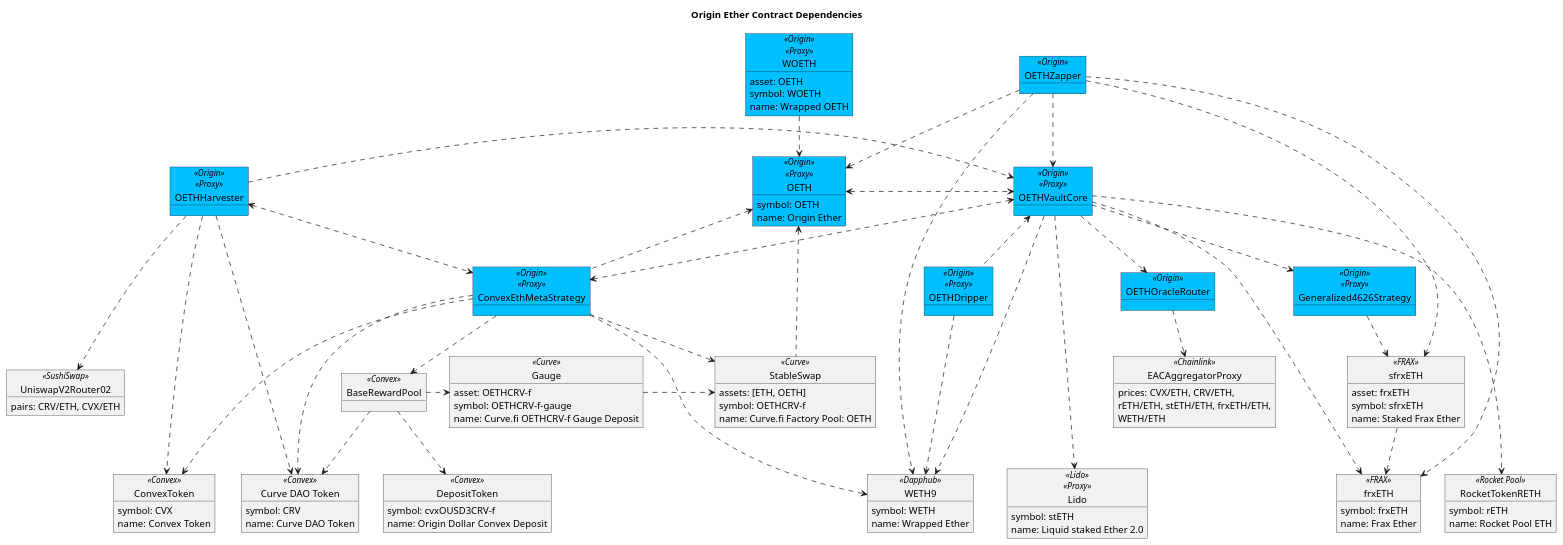
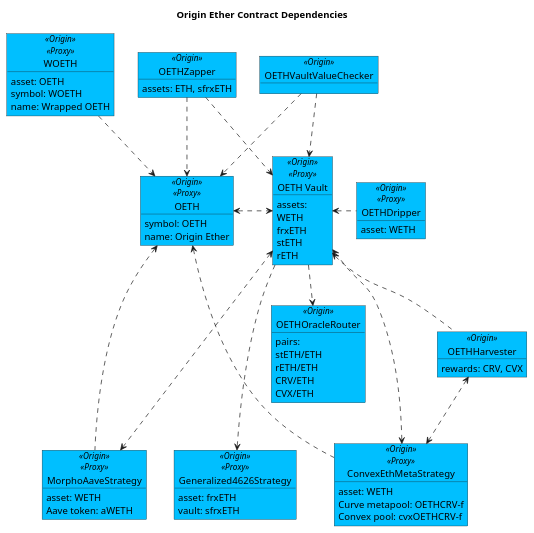
The diagram in contracts/docs/plantuml/oethContracts.puml (OriginProtocol/origin-dollar), drawn with PlantUML before and after one commit. The commit also changed 5 other files, not shown here.

First line of the commit message:
OETH Metapool rebalance fork test (#1588)

```diff
--- a/contracts/docs/plantuml/oethContracts.puml
+++ b/contracts/docs/plantuml/oethContracts.puml
@@ -3,11 +3,15 @@
 title "Origin Ether Contract Dependencies"
 
 object "OETHZapper" as zap <<Origin>> #DeepSkyBlue {
+    assets: ETH, sfrxETH
 }
 
 object "OETHDripper" as drip <<Origin>><<Proxy>> #DeepSkyBlue {
+    asset: WETH
 }
 
+object "OETHVaultValueChecker" as checker <<Origin>> #DeepSkyBlue {
+}
 
 object "WOETH" as woeth <<Origin>><<Proxy>> #DeepSkyBlue {
     asset: OETH
@@ -20,136 +24,184 @@
     name: Origin Ether
 }
 
-object "OETHVaultCore" as oethv <<Origin>><<Proxy>> #DeepSkyBlue {
+object "OETH Vault" as oethv <<Origin>><<Proxy>> #DeepSkyBlue {
+assets:
+  WETH
+  frxETH
+  stETH
+  rETH
 }
 
-object "OETHHarvester" as harv <<Origin>><<Proxy>> #DeepSkyBlue {
+object "OETHHarvester" as harv <<Origin>> #DeepSkyBlue {
+    rewards: CRV, CVX
+}
+
+' Strategies
+object "Generalized4626Strategy" as frxethstrat <<Origin>><<Proxy>> #DeepSkyBlue {
+    asset: frxETH
+    vault: sfrxETH
+}
+object "ConvexEthMetaStrategy" as cvxStrat <<Origin>><<Proxy>> #DeepSkyBlue {
+    asset: WETH
+    Curve metapool: OETHCRV-f
+    Convex pool: cvxOETHCRV-f
+}
+object "MorphoAaveStrategy" as morphAaveStrat <<Origin>><<Proxy>> #DeepSkyBlue {
+    asset: WETH
+    Aave token: aWETH
 }
 
 ' Oracle
 object "OETHOracleRouter" as oracle <<Origin>> #DeepSkyBlue {
-}
-object "EACAggregatorProxy" as chain <<Chainlink>> {
-    prices: CVX/ETH, CRV/ETH,\nrETH/ETH, stETH/ETH, frxETH/ETH,\nWETH/ETH 
+pairs:
+    stETH/ETH
+    rETH/ETH
+    CRV/ETH
+    CVX/ETH 
 }
 
-' SushiSwap
-object "UniswapV2Router02" as sushi <<SushiSwap>> {
-    pairs: CRV/ETH, CVX/ETH
-}
+' object "EACAggregatorProxy" as chain <<Chainlink>> {
+'     prices: CVX/ETH, CRV/ETH,\nrETH/ETH, stETH/ETH, frxETH/ETH,\nWETH/ETH 
+' }
 
-' Strategies
+' ' SushiSwap
+' object "UniswapV2Router02" as sushi <<SushiSwap>> {
+'     pairs: CRV/ETH, CVX/ETH
+' }
 
-object "Generalized4626Strategy" as frxethstrat <<Origin>><<Proxy>> #DeepSkyBlue {
-}
+' ' Curve
+' object "Gauge" as gauge <<Curve>> {
+'     asset: OETHCRV-f
+'     symbol: OETHCRV-f-gauge
+'     name: Curve.fi OETHCRV-f Gauge Deposit
+' }
+' object "StableSwap" as crvPool <<Curve>> {
+'     assets: [ETH, OETH]
+'     symbol: OETHCRV-f
+'     name: Curve.fi Factory Pool: OETH
+' }
+' ' Convex
+' ' object "Booster" as cvxBoost <<Convex>> {
+' ' }
+' object "BaseRewardPool" as cvxPool <<Convex>> {
+' }
+' object "DepositToken" as cvxPoolLp <<Convex>> {
+'     symbol: cvxOUSD3CRV-f
+'     name: Origin Dollar Convex Deposit
+' }
 
-object "sfrxETH" as sfrxeth <<FRAX>> {
-    asset: frxETH
-    symbol: sfrxETH
-    name: Staked Frax Ether
-}
+' ' Aave Morpho
+' object "Morpho\nAave V2" as morphoV2 <<Morpho>> {
+' }
+' object "Morpho\nLens" as morphoLens <<Morpho>> {
+' }
 
-' Curve
-object "ConvexEthMetaStrategy" as cvxStat <<Origin>><<Proxy>> #DeepSkyBlue {
-}
-object "Gauge" as gauge <<Curve>> {
-    asset: OETHCRV-f
-    symbol: OETHCRV-f-gauge
-    name: Curve.fi OETHCRV-f Gauge Deposit
-}
-object "StableSwap" as crvPool <<Curve>> {
-    assets: [ETH, OETH]
-    symbol: OETHCRV-f
-    name: Curve.fi Factory Pool: OETH
-}
-' Convex
-' object "Booster" as cvxBoost <<Convex>> {
+' object "aWETH" as aweth <<Aave>> {
+'     symbol: aWETH
+'     name: Aave interest bearing WETH
 ' }
-object "BaseRewardPool" as cvxPool <<Convex>> {
-}
-object "DepositToken" as cvxPoolLp <<Convex>> {
-    symbol: cvxOUSD3CRV-f
-    name: Origin Dollar Convex Deposit
-}
+' object "variableDebtWETH" as vdweth <<Aave>> {
+'     symbol: variableDebtWETH
+'     name: Aave variable debt bearing WETH
+' }
 
-' Assets
-object "frxETH" as frxeth <<FRAX>> {
-    symbol: frxETH
-    name: Frax Ether
-}
+' ' Assets
 
-object "WETH9" as weth <<Dapphub>> {
-    symbol: WETH
-    name: Wrapped Ether
-}
+' object "sfrxETH" as sfrxeth <<FRAX>> {
+'     asset: frxETH
+'     symbol: sfrxETH
+'     name: Staked Frax Ether
+' }
 
-object "RocketTokenRETH" as reth <<Rocket Pool>> {
-    symbol: rETH
-    name: Rocket Pool ETH
-}
+' object "frxETH" as frxeth <<FRAX>> {
+'     symbol: frxETH
+'     name: Frax Ether
+' }
 
-object "Lido" as steth <<Lido>><<Proxy>> {
-    symbol: stETH
-    name: Liquid staked Ether 2.0
-}
+' object "WETH9" as weth <<Dapphub>> {
+'     symbol: WETH
+'     name: Wrapped Ether
+' }
 
-' Rewards 
-object "ConvexToken" as cvx <<Convex>> {
-    symbol: CVX
-    name: Convex Token
-}
+' object "RocketTokenRETH" as reth <<Rocket Pool>> {
+'     symbol: rETH
+'     name: Rocket Pool ETH
+' }
 
-object "Curve DAO Token" as crv <<Convex>> {
-    symbol: CRV
-    name: Curve DAO Token
-}
+' object "Lido" as steth <<Lido>><<Proxy>> {
+'     symbol: stETH
+'     name: Liquid staked Ether 2.0
+' }
+
+' ' Rewards 
+' object "ConvexToken" as cvx <<Convex>> {
+'     symbol: CVX
+'     name: Convex Token
+' }
+
+' object "Curve DAO Token" as crv <<Convex>> {
+'     symbol: CRV
+'     name: Curve DAO Token
+' }
 
 zap ..> oeth
 zap ..> oethv
-zap ....> sfrxeth
-zap .....> frxeth
-zap .....> weth
+' zap ....> sfrxeth
+' zap .....> frxeth
+' zap .....> weth
 
-drip ...> weth
-oethv <.. drip
+' drip .....> weth
+oethv <. drip
 
-harv .> oethv
-harv ...> sushi
-harv ....> cvx
-harv ....> crv
+checker ..> oeth
+checker ..> oethv
+
+oethv <.. harv 
+' harv ...> sushi
+' harv ...> cvx
+' harv ...> crv
 
 woeth ..> oeth
 oeth <.> oethv
 oethv ..> oracle
-oracle ..> chain
+' oracle ...> chain
+
 
 ' Staked FRAX ETH Strategy
-oethv ..> frxethstrat
-frxethstrat ..> sfrxeth
+oethv ...> frxethstrat
+' frxethstrat ..> sfrxeth
 
 ' Convex ETH Metapool Strategy
-harv <..> cvxStat
-oethv <..> cvxStat
-oeth <.. cvxStat
-' cvxStat ..> cvxBoost
-' cvxBoost .[hidden]> cvxPool
-cvxStat ..> crvPool
-cvxStat ..> cvxPool
-cvxStat ...> weth
-cvxStat ...> cvx
-cvxStat ...> crv
-cvxPool ..> cvxPoolLp
-cvxPool ..> crv
-cvxPool .> gauge
-gauge .> crvPool
-oeth <... crvPool
+harv <..> cvxStrat
+oethv <...> cvxStrat
+oeth <... cvxStrat
 
-' Vault to Assets
-oethv ....> frxeth
-oethv ....> weth
-oethv ....> reth
-oethv ....> steth
+' cvxStrat ..> crvPool
+' cvxStrat ..> cvxPool
+' cvxStrat ...> weth
+' cvxStrat ...> cvx
+' cvxStrat ...> crv
+' cvxPool ..> cvxPoolLp
+' cvxPool ..> crv
+' cvxPool .> gauge
+' gauge .> crvPool
+' oeth <... crvPool
 
-sfrxeth ..> frxeth
+' Morpho Aave Strategy
+oethv <...> morphAaveStrat
+oeth <... morphAaveStrat
+' morphAaveStrat ..> morphoV2
+' morphAaveStrat ..> morphoLens
+' morphoLens .> morphoV2
+' morphoV2 ..> aweth
+' morphoV2 ..> vdweth
+
+' ' Vault to Assets
+' oethv .....> frxeth
+' oethv .....> weth
+' oethv .....> reth
+' oethv .....> steth
+
+' sfrxeth ..> frxeth
 
 @enduml
```
